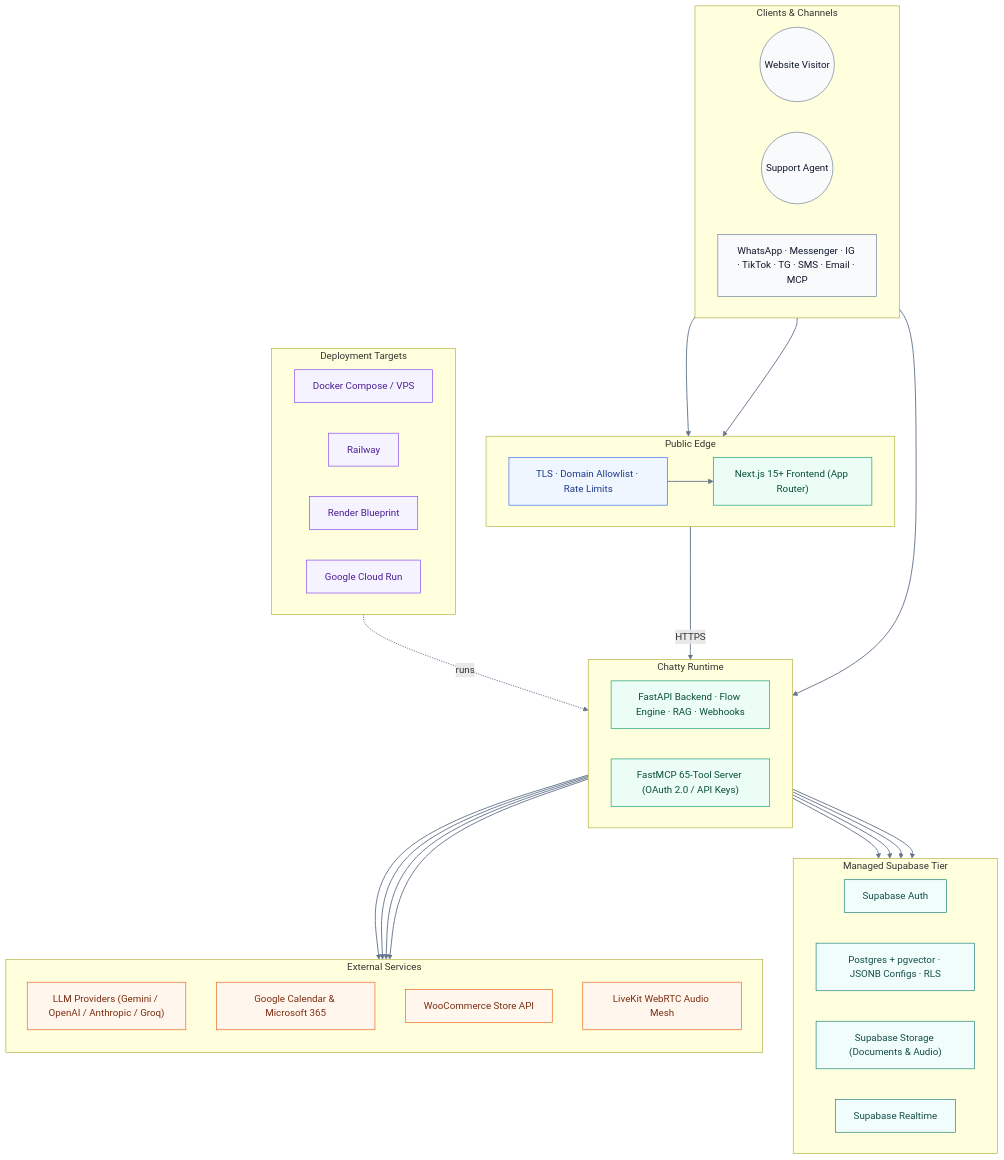
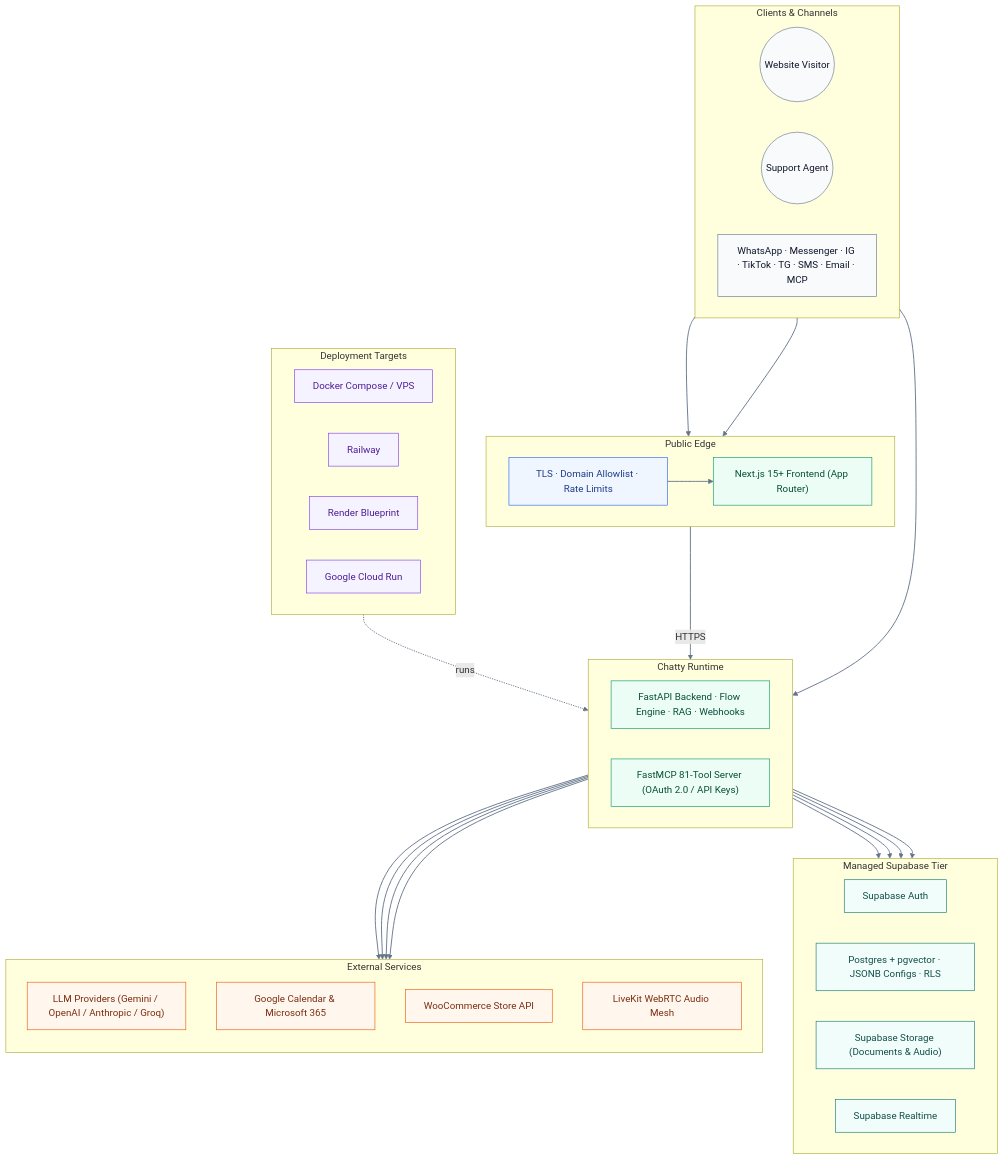
The second of 2 diagrams in README.md (PersonaliAI/chatty), drawn with Mermaid before and after one commit. The commit also changed other lines of this file and 12 other files, not shown here.

Commit message:
feat(gtm): implement claims register, unify mcp tool count to 81, and add pricing conversation estimates

````diff
--- a/README.md
+++ b/README.md
@@ -375,63 +382,63 @@
 ```mermaid
 flowchart TB
     classDef actor fill:#f8fafc,stroke:#64748b,color:#0f172a
     classDef edge fill:#eff6ff,stroke:#2563eb,color:#1e3a8a
     classDef app fill:#ecfdf5,stroke:#059669,color:#064e3b
     classDef data fill:#f0fdfa,stroke:#0f766e,color:#134e4a
     classDef integration fill:#fff7ed,stroke:#ea580c,color:#7c2d12
     classDef deploy fill:#f5f3ff,stroke:#7c3aed,color:#4c1d95
 
     subgraph clients["Clients & Channels"]
         direction LR
         visitor(("Website Visitor")):::actor
         operator(("Support Agent")):::actor
         omni["WhatsApp · Messenger · IG · TikTok · TG · SMS · Email · MCP"]:::actor
     end
     subgraph edge["Public Edge"]
         direction LR
         tls["TLS · Domain Allowlist · Rate Limits"]:::edge
         web["Next.js 15+ Frontend (App Router)"]:::app
     end
     subgraph runtime["Chatty Runtime"]
         direction LR
         api["FastAPI Backend · Flow Engine · RAG · Webhooks"]:::app
-        mcp["FastMCP 65-Tool Server (OAuth 2.0 / API Keys)"]:::app
+        mcp["FastMCP 81-Tool Server (OAuth 2.0 / API Keys)"]:::app
     end
     subgraph managed["Managed Supabase Tier"]
         direction LR
         auth["Supabase Auth"]:::data
         postgres["Postgres + pgvector · JSONB Configs · RLS"]:::data
         storage["Supabase Storage (Documents & Audio)"]:::data
         realtime["Supabase Realtime"]:::data
     end
     subgraph integrations["External Services"]
         direction TB
         llm["LLM Providers (Gemini / OpenAI / Anthropic / Groq)"]:::integration
         calendar["Google Calendar & Microsoft 365"]:::integration
         wooCommerce["WooCommerce Store API"]:::integration
         voiceLiveKit["LiveKit WebRTC Audio Mesh"]:::integration
     end
     subgraph targets["Deployment Targets"]
         direction LR
         docker["Docker Compose / VPS"]:::deploy
         railway["Railway"]:::deploy
         render["Render Blueprint"]:::deploy
         cloudrun["Google Cloud Run"]:::deploy
     end
 
     visitor --> tls
     operator --> web
     omni --> api
     tls --> web
     web -->|HTTPS| api
     api --> auth
     api --> postgres
     api --> storage
     api --> realtime
     api --> llm
     api --> calendar
     api --> wooCommerce
     api --> voiceLiveKit
     targets -. runs .-> runtime
     linkStyle default stroke:#64748b,stroke-width:1.5px
 ```
````
